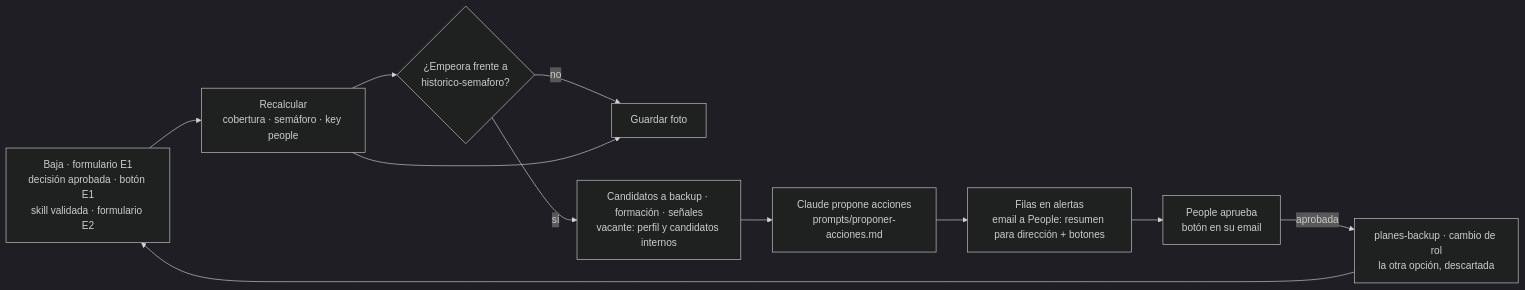
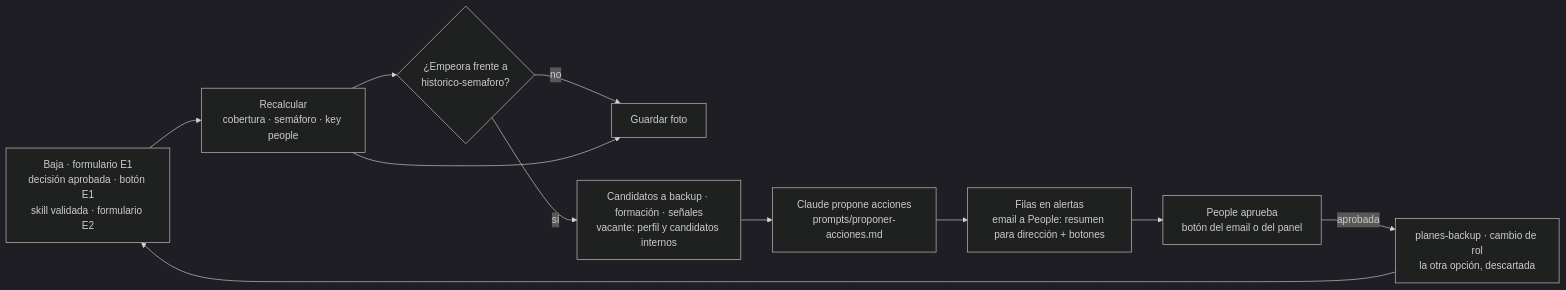
One commit to andfermen/People-OS-ACME changed the diagram in docs/arquitectura.md. Above: the diagram before and after it, drawn with Mermaid (dark theme). The commit also changed other lines of this file and 54 other files, not shown here.

````diff
--- a/docs/arquitectura.md
+++ b/docs/arquitectura.md
@@ -20,13 +20,13 @@
 ```mermaid
 flowchart LR
   A[Baja · formulario E1<br/>decisión aprobada · botón E1<br/>skill validada · formulario E2] --> B[Recalcular<br/>cobertura · semáforo · key people]
   B --> C{¿Empeora frente a<br/>historico-semaforo?}
   C -- no --> H[Guardar foto]
   C -- sí --> D[Candidatos a backup · formación · señales<br/>vacante: perfil y candidatos internos]
   D --> E[Claude propone acciones<br/>prompts/proponer-acciones.md]
   E --> F[Filas en alertas<br/>email a People: resumen para dirección + botones]
-  F --> G[People aprueba<br/>botón en su email]
+  F --> G[People aprueba<br/>botón del email o del panel]
   G -- aprobada --> P[planes-backup · cambio de rol<br/>la otra opción, descartada]
   P --> A
   B --> H
 ```
````
